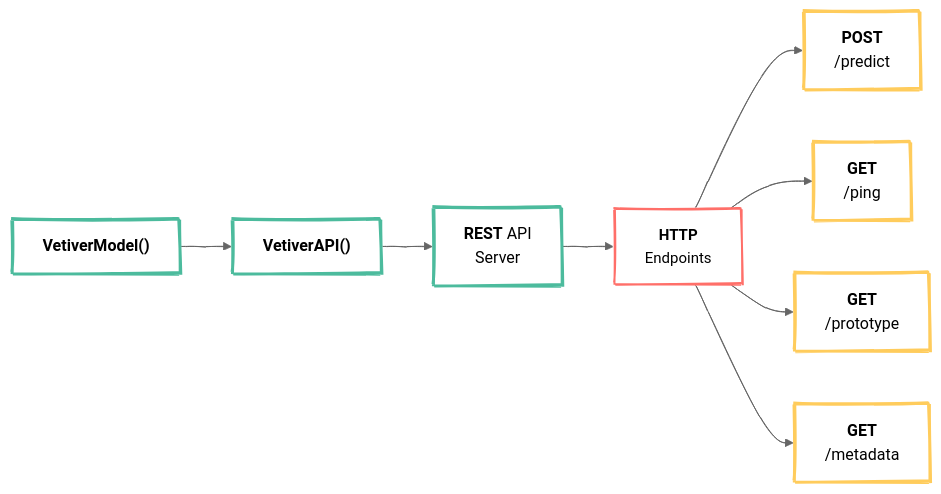
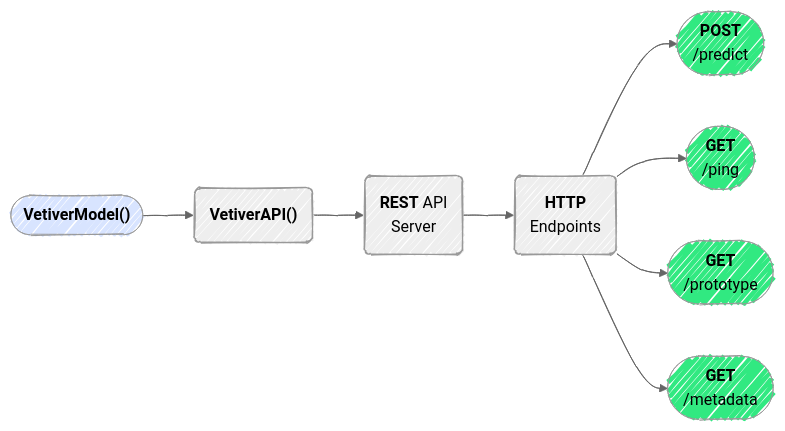
The fifth of 5 diagrams in lab2.qmd (mjfrigaard/do4ds-labs), drawn with Mermaid before and after one commit. The commit also changed other lines of this file and 38 other files, not shown here.

````diff
--- a/lab2.qmd
+++ b/lab2.qmd
@@ -424,25 +415,23 @@
 ```{mermaid}
 %%| fig-cap: 'VetiverAPI()'
 %%| fig-align: center
 %%{init: {'theme': 'neutral', 'look': 'handDrawn', 'themeVariables': { 'fontFamily': 'monospace', "fontSize":"16px"}}}%%
+
 flowchart LR
-    VetMod["<strong>VetiverModel()</strong>"] --> VetAPI["<strong>VetiverAPI()</strong>"]
-    VetAPI --> REST["<strong>REST</strong> API<br>Server"]
-    REST --> HttpEP["<strong>HTTP</strong><br>Endpoints"]
+    VetMod(["<strong>VetiverModel()</strong>"]) --> VetAPI("<strong>VetiverAPI()</strong>")
+    VetAPI --> REST("<strong>REST</strong> API<br>Server")
+    REST --> HttpEP("<strong>HTTP</strong><br>Endpoints")
     
-    HttpEP --> Post["<strong>POST</strong><br>/predict"]
-    HttpEP --> GetPing["<strong>GET</strong><br>/ping"]
-    HttpEP --> GetProto["<strong>GET</strong><br>/prototype"]
-    HttpEP --> GetMeta["<strong>GET</strong><br>/metadata"]
-    
-    style VetMod fill:#FFF,stroke:#4CBB9D,color:#000,stroke-width:3px,rx:10,ry:10,font-size:16px
-    style VetAPI fill:#FFF,stroke:#4CBB9D,color:#000,stroke-width:3px,rx:10,ry:10,font-size:16px
-    style REST fill:#FFF,stroke:#4CBB9D,color:#000,stroke-width:3px,rx:10,ry:10,font-size:16px
-    
-    style HttpEP fill:#FFF,stroke:#ff6f69,color:#000,stroke-width:2px,rx:5,ry:5,font-size:15px
-    
-    style Post fill:#FFF,stroke:#ffcc5c,color:#000,stroke-width:3px,rx:10,ry:10,font-size:16px
-    style GetPing fill:#FFF,stroke:#ffcc5c,color:#000,stroke-width:3px,rx:10,ry:10,font-size:16px
-    style GetProto fill:#FFF,stroke:#ffcc5c,color:#000,stroke-width:3px,rx:10,ry:10,font-size:16px
-    style GetMeta fill:#FFF,stroke:#ffcc5c,color:#000,stroke-width:3px,rx:10,ry:10,font-size:16px
+    HttpEP --> Post(["<strong>POST</strong><br>/predict"])
+    HttpEP --> GetPing(["<strong>GET</strong><br>/ping"])
+    HttpEP --> GetProto(["<strong>GET</strong><br>/prototype"])
+    HttpEP --> GetMeta(["<strong>GET</strong><br>/metadata"])
+
+    %% Style for outputs %%
+    style VetMod fill:#d8e4ff,stroke-width:1px,rx:10,ry:10,font-size:16px
+    style Post fill:#31e981,stroke-width:1px,rx:10,ry:10,font-size:16px
+    style GetPing fill:#31e981,stroke-width:1px,rx:10,ry:10,font-size:16px
+    style GetProto fill:#31e981,stroke-width:1px,rx:10,ry:10,font-size:16px
+    style GetMeta fill:#31e981,stroke-width:1px,rx:10,ry:10,font-size:16px
+
 ```
````
